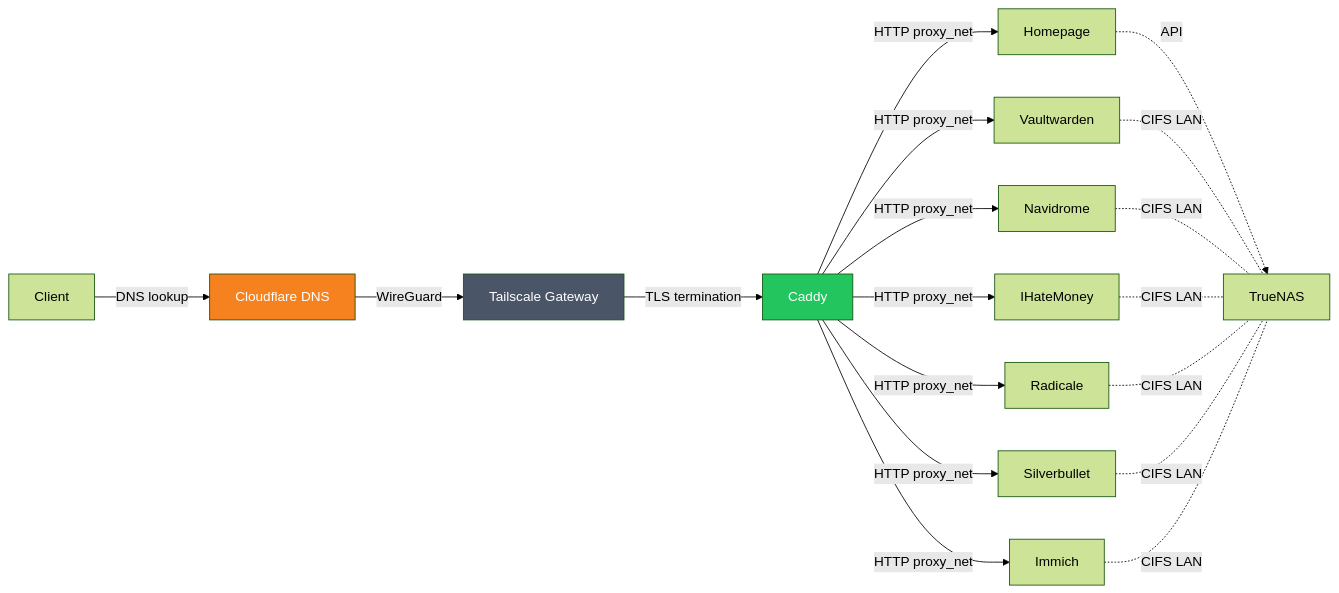
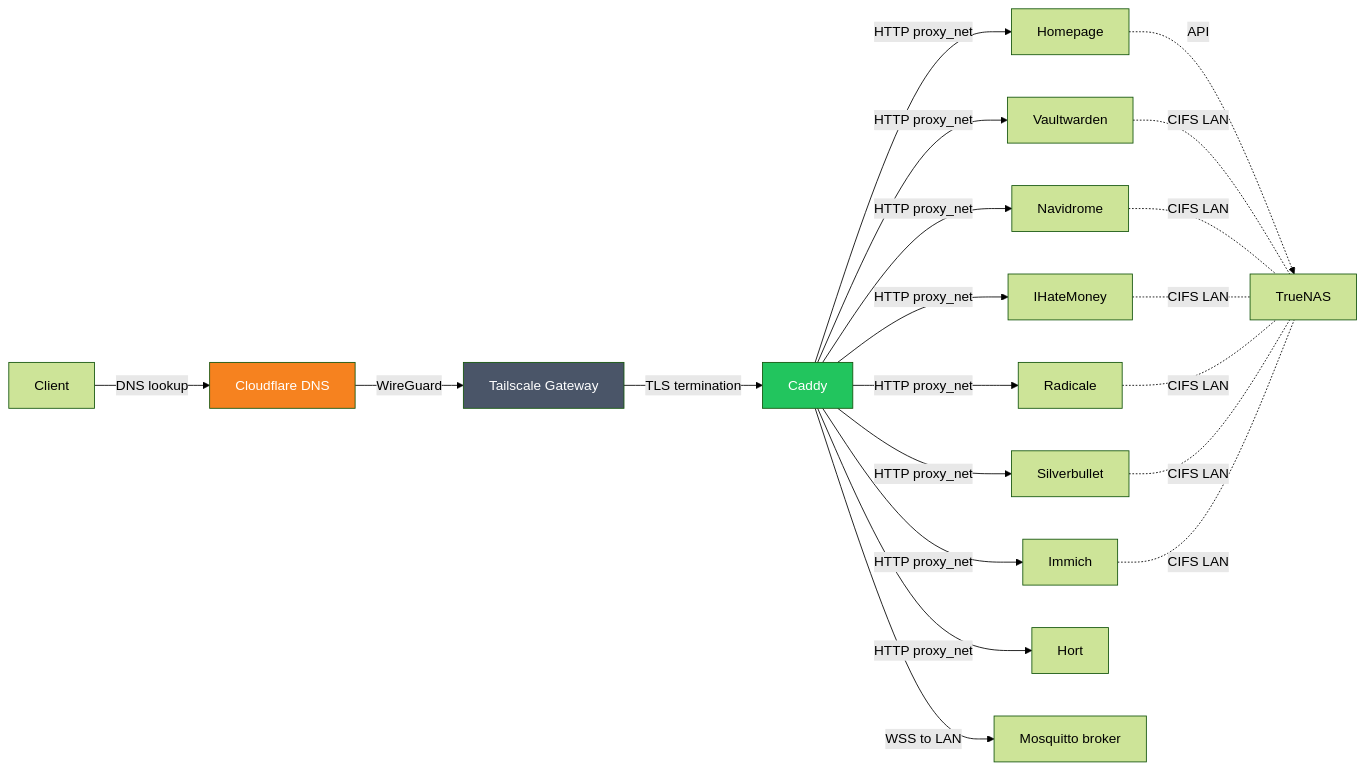
The second of 2 diagrams in README.md (masolnada/homelab), drawn with Mermaid (forest theme) before and after one commit. The commit also changed other lines of this file and 5 other files, not shown here.

````diff
--- a/README.md
+++ b/README.md
@@ -79,24 +82,26 @@
 ```mermaid
 graph LR
     Client -->|DNS lookup| CF[Cloudflare DNS]
     CF -->|WireGuard| TS[Tailscale Gateway]
     TS -->|TLS termination| Caddy
     Caddy -->|HTTP proxy_net| Homepage
     Caddy -->|HTTP proxy_net| Vaultwarden
     Caddy -->|HTTP proxy_net| Navidrome
     Caddy -->|HTTP proxy_net| IHateMoney
     Caddy -->|HTTP proxy_net| Radicale
     Caddy -->|HTTP proxy_net| Silverbullet
     Caddy -->|HTTP proxy_net| Immich
+    Caddy -->|HTTP proxy_net| Hort
+    Caddy -->|WSS to LAN| Mosquitto[Mosquitto broker]
     Homepage -.->|API| NAS[TrueNAS]
     Vaultwarden -.-|CIFS LAN| NAS
     Navidrome -.-|CIFS LAN| NAS
     IHateMoney -.-|CIFS LAN| NAS
     Radicale -.-|CIFS LAN| NAS
     Silverbullet -.-|CIFS LAN| NAS
     Immich -.-|CIFS LAN| NAS
 
     style CF fill:#f6821f,color:#fff
     style TS fill:#4a5568,color:#fff
     style Caddy fill:#22c55e,color:#fff
 ```
````
